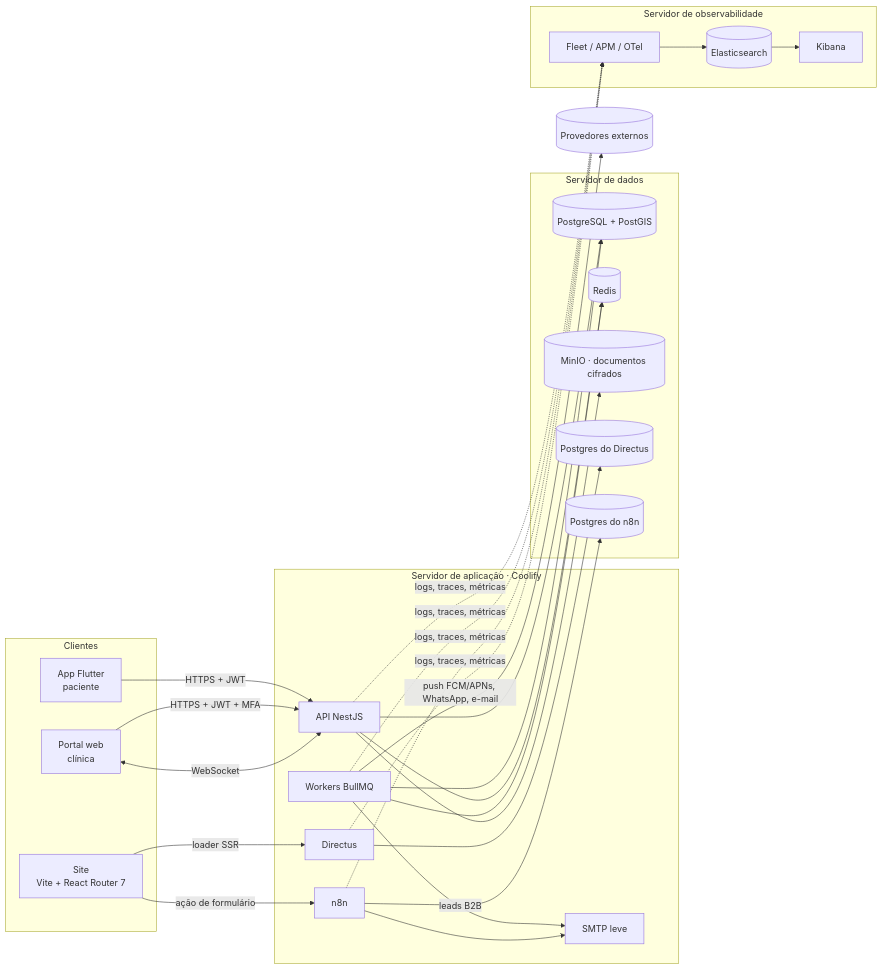
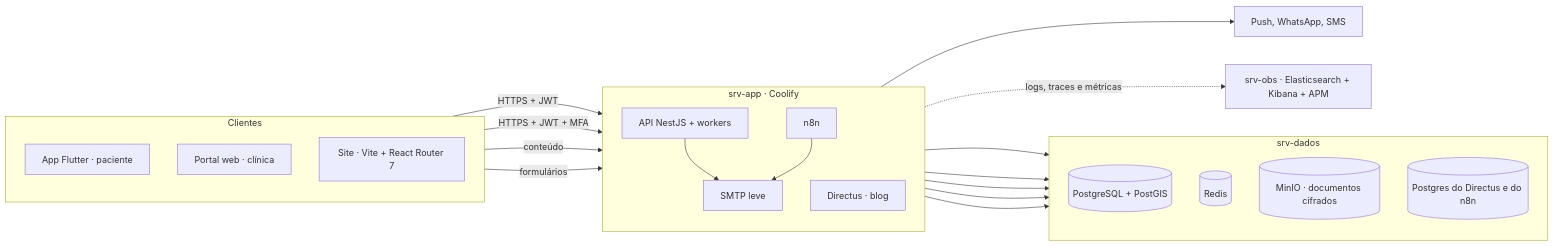
One commit to gucaciolato/IDoctor changed the first of 2 diagrams in docs/02-arquitetura.md. Above: the diagram before and after it, drawn with Mermaid. The commit also changed other lines of this file and 19 other files, not shown here.

````diff
--- a/docs/02-arquitetura.md
+++ b/docs/02-arquitetura.md
@@ -32,44 +32,42 @@
 ```mermaid
 flowchart LR
-  subgraph Clientes
-    APP[App Flutter<br/>paciente]
-    PORTAL[Portal web<br/>clínica]
-    SITE[Site<br/>Vite + React Router 7]
+  subgraph CLI [Clientes]
+    direction TB
+    APP[App Flutter · paciente]
+    PORTAL[Portal web · clínica]
+    SITE[Site · Vite + React Router 7]
   end
 
-  subgraph srv-app [Servidor de aplicação · Coolify]
-    API[API NestJS]
-    WORK[Workers BullMQ]
+  subgraph APPSRV [srv-app · Coolify]
+    direction TB
+    API[API NestJS + workers]
     N8N[n8n]
-    DIR[Directus]
+    DIR[Directus · blog]
     SMTP[SMTP leve]
   end
 
-  subgraph srv-dados [Servidor de dados]
+  subgraph DADOS [srv-dados]
+    direction TB
     PG[(PostgreSQL + PostGIS)]
     REDIS[(Redis)]
     MINIO[(MinIO · documentos cifrados)]
-    PGCMS[(Postgres do Directus)]
-    PGN8N[(Postgres do n8n)]
+    PGAUX[(Postgres do Directus e do n8n)]
   end
 
-  subgraph srv-obs [Servidor de observabilidade]
-    ES[(Elasticsearch)]
-    KB[Kibana]
-    FLEET[Fleet / APM / OTel]
-  end
+  OBS[srv-obs · Elasticsearch + Kibana + APM]
+  EXT[Push, WhatsApp, SMS]
 
   APP -->|HTTPS + JWT| API
   PORTAL -->|HTTPS + JWT + MFA| API
-  PORTAL <-->|WebSocket| API
-  SITE -->|loader SSR| DIR
-  SITE -->|ação de formulário| N8N
-  API --> PG & REDIS & MINIO
-  WORK --> PG & REDIS
-  WORK -->|push FCM/APNs, WhatsApp, e-mail| EXT[(Provedores externos)]
-  WORK --> SMTP
+  SITE -->|conteúdo| DIR
+  SITE -->|formulários| N8N
+  API --> PG
+  API --> REDIS
+  API --> MINIO
+  API --> EXT
+  API --> SMTP
   N8N --> SMTP
-  N8N -->|leads B2B| PGN8N
-  DIR --> PGCMS
-  API & WORK & N8N & DIR -. logs, traces, métricas .-> FLEET --> ES --> KB
+  N8N --> PGAUX
+  DIR --> PGAUX
+  APPSRV -. logs, traces e métricas .-> OBS
 ```
````
